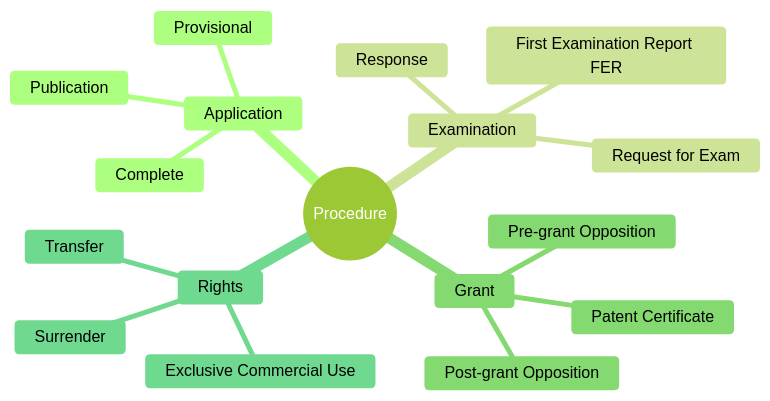
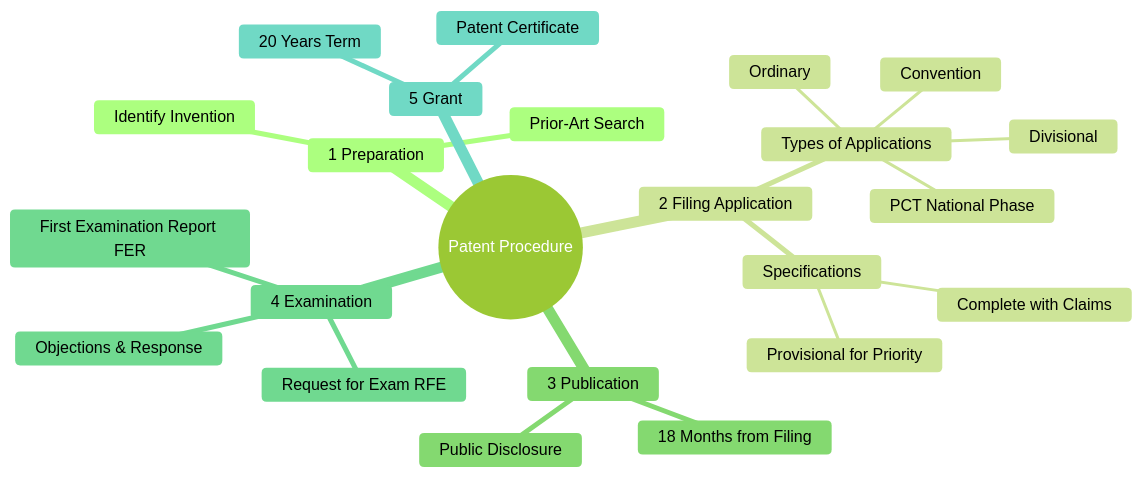
The sixth of 6 diagrams in 07_Patent_Procedure_and_Rights.md (Aryns293/IPR), drawn with Mermaid (forest theme) before and after one commit. The commit also changed other lines of this file, not shown here.

Commit message:
Expand mindmap in 07_Patent_Procedure_and_Rights.md

````diff
--- a/07_Patent_Procedure_and_Rights.md
+++ b/07_Patent_Procedure_and_Rights.md
@@ -486,20 +505,26 @@
 ```mermaid
 mindmap
-  root((Procedure))
-    Application
-      Provisional
-      Complete
-      Publication
-    Examination
-      Request for Exam
+  root((Patent Procedure))
+    1 Preparation
+      Identify Invention
+      Prior-Art Search
+    2 Filing Application
+      Types of Applications
+        Ordinary
+        Convention
+        PCT National Phase
+        Divisional
+      Specifications
+        Provisional for Priority
+        Complete with Claims
+    3 Publication
+      18 Months from Filing
+      Public Disclosure
+    4 Examination
+      Request for Exam RFE
       First Examination Report FER
-      Response
-    Grant
-      Pre-grant Opposition
-      Post-grant Opposition
+      Objections & Response
+    5 Grant
       Patent Certificate
-    Rights
-      Exclusive Commercial Use
-      Transfer
-      Surrender
+      20 Years Term
 ```
````
